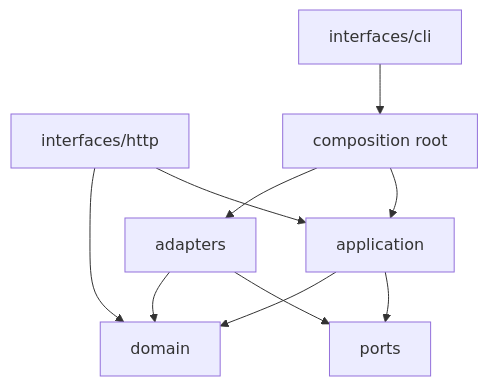
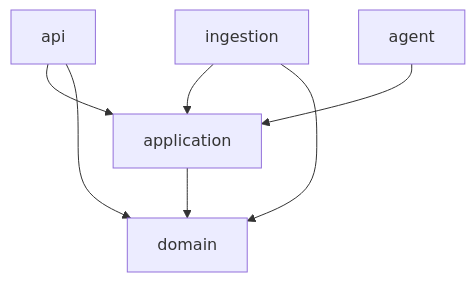
The third of 4 diagrams in docs/architecture.md (MarcoAurelioMeneses/ecoguard), drawn with Mermaid before and after one commit. The commit also changed other lines of this file and 120 other files, not shown here.

````diff
--- a/docs/architecture.md
+++ b/docs/architecture.md
@@ -68,12 +68,9 @@
 ```mermaid
 flowchart TB
-  http["interfaces/http"] --> appn["application"]
-  cli["interfaces/cli"] --> composition["composition root"]
-  composition --> appn
-  composition --> adapters["adapters"]
-  appn --> ports["ports"]
+  api["api"] --> appn["application"]
+  ingest["ingestion"] --> appn
+  agent["agent"] --> appn
   appn --> domain["domain"]
-  adapters --> ports
-  adapters --> domain
-  http --> domain
+  ingest --> domain
+  api --> domain
 ```
````
